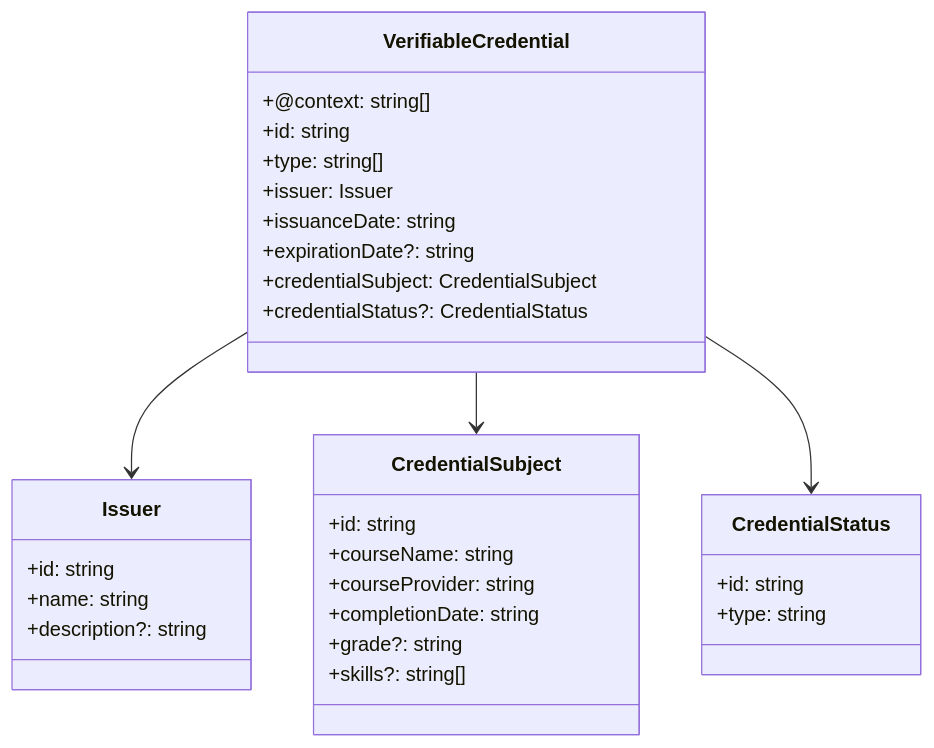
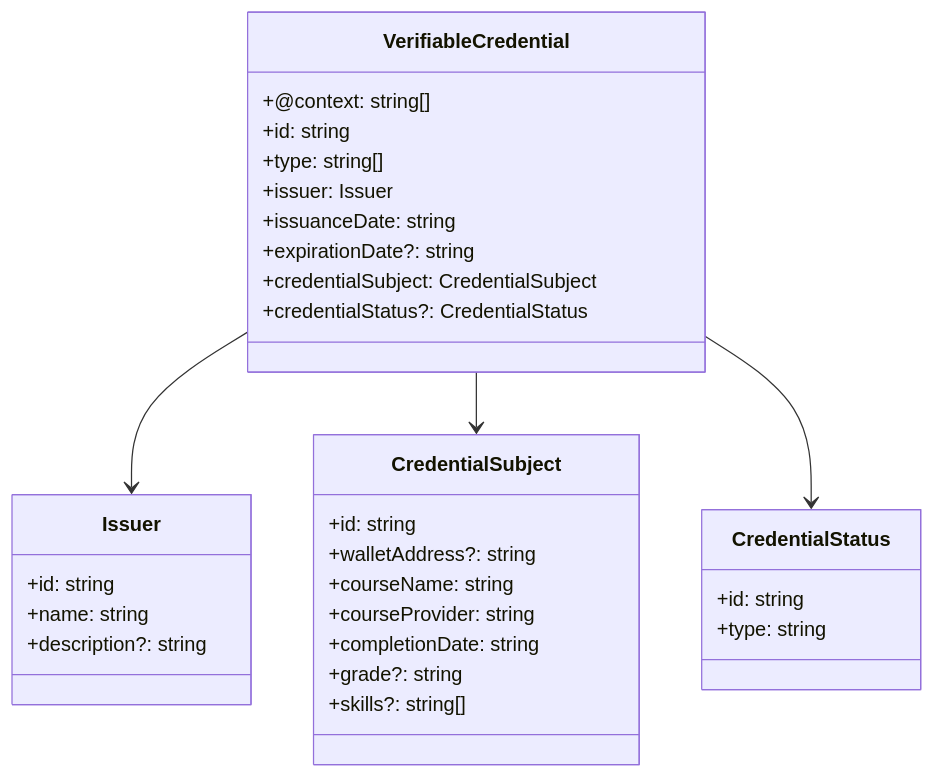
One commit to hiepthach/Credora_CKB changed the second of 4 diagrams in docs/Requirement_analysis/Project_Analysis.md. Above: the diagram before and after it, drawn with Mermaid. The commit also changed other lines of this file and 4 other files, not shown here.

````diff
--- a/docs/Requirement_analysis/Project_Analysis.md
+++ b/docs/Requirement_analysis/Project_Analysis.md
@@ -194,37 +208,38 @@
 ```mermaid
 classDiagram
     class VerifiableCredential {
         +@context: string[]
         +id: string
         +type: string[]
         +issuer: Issuer
         +issuanceDate: string
         +expirationDate?: string
         +credentialSubject: CredentialSubject
         +credentialStatus?: CredentialStatus
     }
 
     class Issuer {
         +id: string
         +name: string
         +description?: string
     }
 
     class CredentialSubject {
         +id: string
+        +walletAddress?: string
         +courseName: string
         +courseProvider: string
         +completionDate: string
         +grade?: string
         +skills?: string[]
     }
 
     class CredentialStatus {
         +id: string
         +type: string
     }
 
     VerifiableCredential --> Issuer
     VerifiableCredential --> CredentialSubject
     VerifiableCredential --> CredentialStatus
 ```
````
